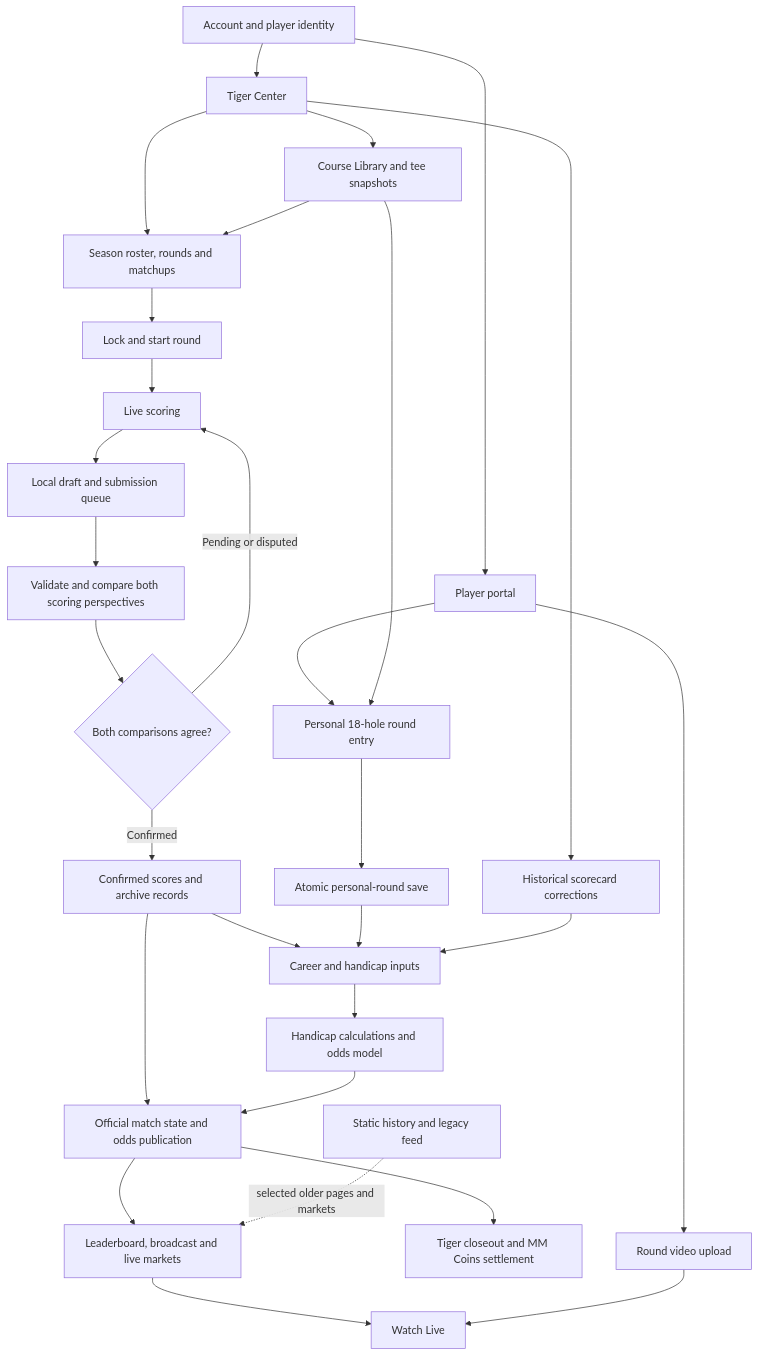
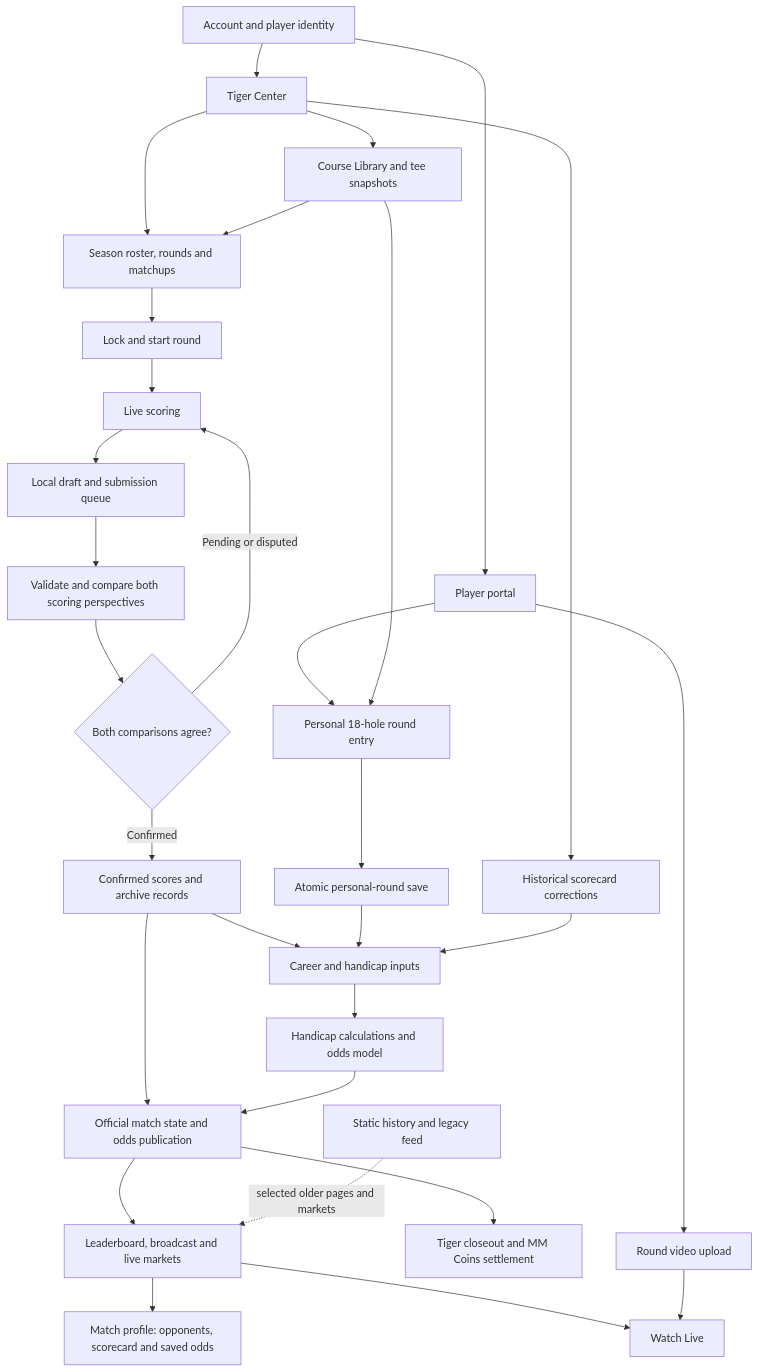
Before and after one commit to cadebarone00/MM-Website: the diagram in docs/app-workflow.md, drawn with Mermaid. The commit also changed other lines of this file and 13 other files, not shown here.

````diff
--- a/docs/app-workflow.md
+++ b/docs/app-workflow.md
@@ -9,32 +9,33 @@
 ```mermaid
 flowchart TD
   A[Account and player identity] --> P[Player portal]
   A --> T[Tiger Center]
   T --> C[Course Library and tee snapshots]
   T --> S[Season roster, rounds and matchups]
   C --> S
   S --> R[Lock and start round]
   R --> L[Live scoring]
   L --> D[Local draft and submission queue]
   D --> V[Validate and compare both scoring perspectives]
   V --> Q{Both comparisons agree?}
   Q -- Pending or disputed --> L
   Q -- Confirmed --> H[Confirmed scores and archive records]
   H --> O[Official match state and odds publication]
   H --> K[Career and handicap inputs]
-  %% Expanded historical matchplay scorecards: continuous scroll with equal 56px hole and total columns.
+  %% Match pages preserve continuous scrolling with equal 56px hole and total columns.
   O --> B[Leaderboard, broadcast and live markets]
+  B --> MP[Match profile: opponents, scorecard and saved odds]
   O --> F[Tiger closeout and MM Coins settlement]
   P --> N[Personal 18-hole round entry]
   C --> N
   N --> E[Atomic personal-round save]
   E --> K
   T --> X[Historical scorecard corrections]
   X --> K
   K --> M[Handicap calculations and odds model]
   M --> O
   B --> W[Watch Live]
   P --> U[Round video upload]
   U --> W
   Z[Static history and legacy feed] -. selected older pages and markets .-> B
 ```
````
